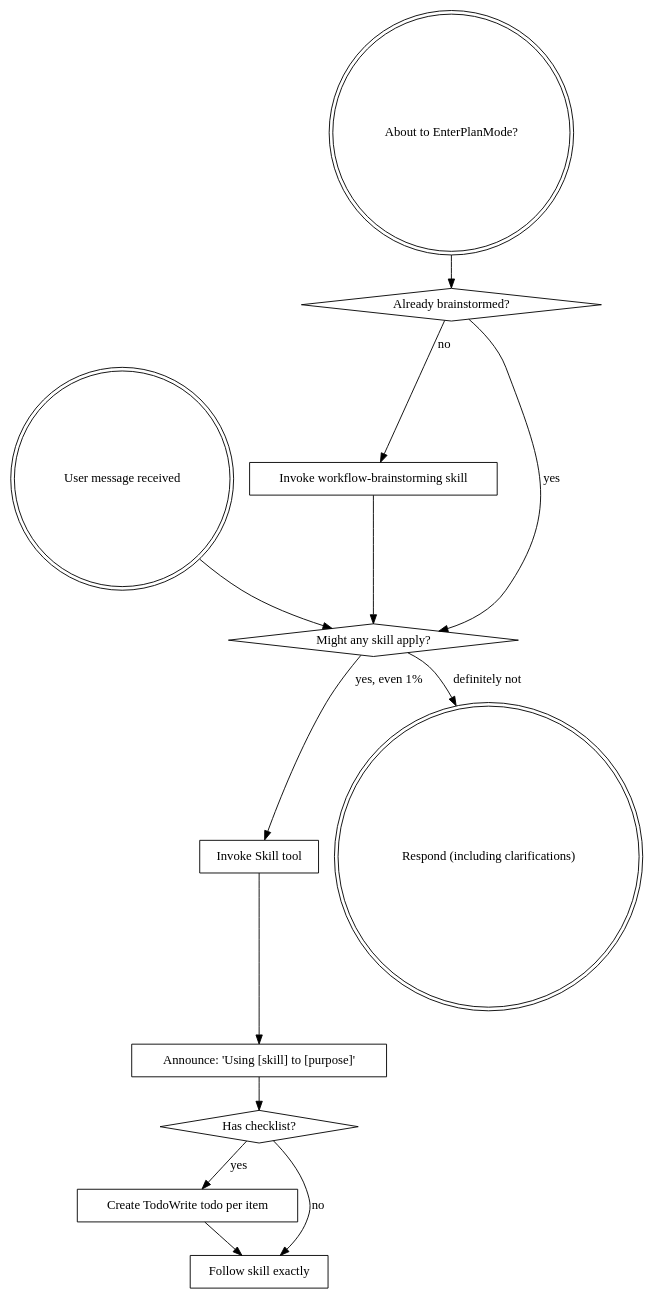
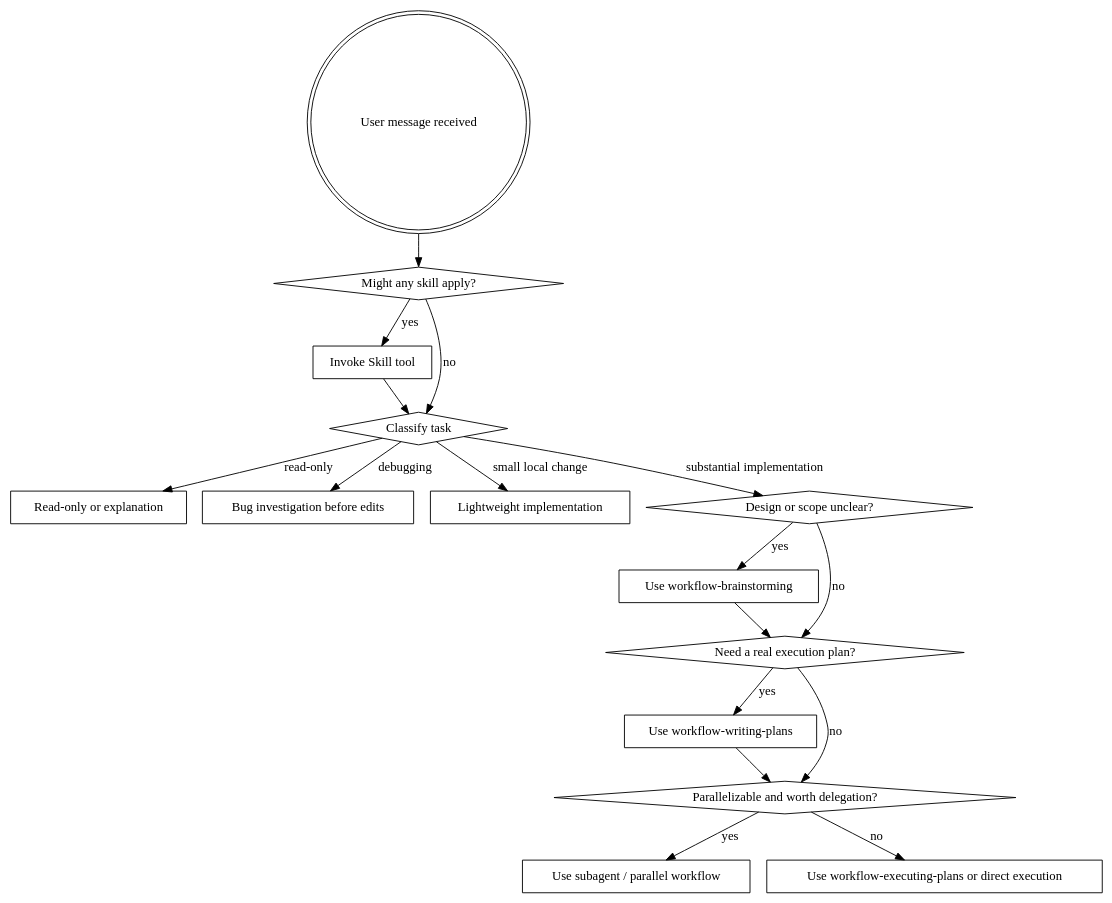
Before and after one commit to BryanHoo/workflow: the diagram in skills/workflow-start/SKILL.md, drawn with Graphviz. The commit also changed other lines of this file and 8 other files, not shown here.

````diff
--- a/skills/workflow-start/SKILL.md
+++ b/skills/workflow-start/SKILL.md
@@ -46,29 +44,35 @@
 ```dot
 digraph skill_flow {
     "User message received" [shape=doublecircle];
-    "About to EnterPlanMode?" [shape=doublecircle];
-    "Already brainstormed?" [shape=diamond];
-    "Invoke workflow-brainstorming skill" [shape=box];
     "Might any skill apply?" [shape=diamond];
     "Invoke Skill tool" [shape=box];
-    "Announce: 'Using [skill] to [purpose]'" [shape=box];
-    "Has checklist?" [shape=diamond];
-    "Create TodoWrite todo per item" [shape=box];
-    "Follow skill exactly" [shape=box];
-    "Respond (including clarifications)" [shape=doublecircle];
-
-    "About to EnterPlanMode?" -> "Already brainstormed?";
-    "Already brainstormed?" -> "Invoke workflow-brainstorming skill" [label="no"];
-    "Already brainstormed?" -> "Might any skill apply?" [label="yes"];
-    "Invoke workflow-brainstorming skill" -> "Might any skill apply?";
+    "Classify task" [shape=diamond];
+    "Read-only or explanation" [shape=box];
+    "Bug investigation before edits" [shape=box];
+    "Lightweight implementation" [shape=box];
+    "Design or scope unclear?" [shape=diamond];
+    "Use workflow-brainstorming" [shape=box];
+    "Need a real execution plan?" [shape=diamond];
+    "Use workflow-writing-plans" [shape=box];
+    "Parallelizable and worth delegation?" [shape=diamond];
+    "Use subagent / parallel workflow" [shape=box];
+    "Use workflow-executing-plans or direct execution" [shape=box];
 
     "User message received" -> "Might any skill apply?";
-    "Might any skill apply?" -> "Invoke Skill tool" [label="yes, even 1%"];
-    "Might any skill apply?" -> "Respond (including clarifications)" [label="definitely not"];
-    "Invoke Skill tool" -> "Announce: 'Using [skill] to [purpose]'";
-    "Announce: 'Using [skill] to [purpose]'" -> "Has checklist?";
-    "Has checklist?" -> "Create TodoWrite todo per item" [label="yes"];
-    "Has checklist?" -> "Follow skill exactly" [label="no"];
-    "Create TodoWrite todo per item" -> "Follow skill exactly";
+    "Might any skill apply?" -> "Invoke Skill tool" [label="yes"];
+    "Might any skill apply?" -> "Classify task" [label="no"];
+    "Invoke Skill tool" -> "Classify task";
+    "Classify task" -> "Read-only or explanation" [label="read-only"];
+    "Classify task" -> "Bug investigation before edits" [label="debugging"];
+    "Classify task" -> "Lightweight implementation" [label="small local change"];
+    "Classify task" -> "Design or scope unclear?" [label="substantial implementation"];
+    "Design or scope unclear?" -> "Use workflow-brainstorming" [label="yes"];
+    "Design or scope unclear?" -> "Need a real execution plan?" [label="no"];
+    "Use workflow-brainstorming" -> "Need a real execution plan?";
+    "Need a real execution plan?" -> "Use workflow-writing-plans" [label="yes"];
+    "Need a real execution plan?" -> "Parallelizable and worth delegation?" [label="no"];
+    "Use workflow-writing-plans" -> "Parallelizable and worth delegation?";
+    "Parallelizable and worth delegation?" -> "Use subagent / parallel workflow" [label="yes"];
+    "Parallelizable and worth delegation?" -> "Use workflow-executing-plans or direct execution" [label="no"];
 }
 ```
````
